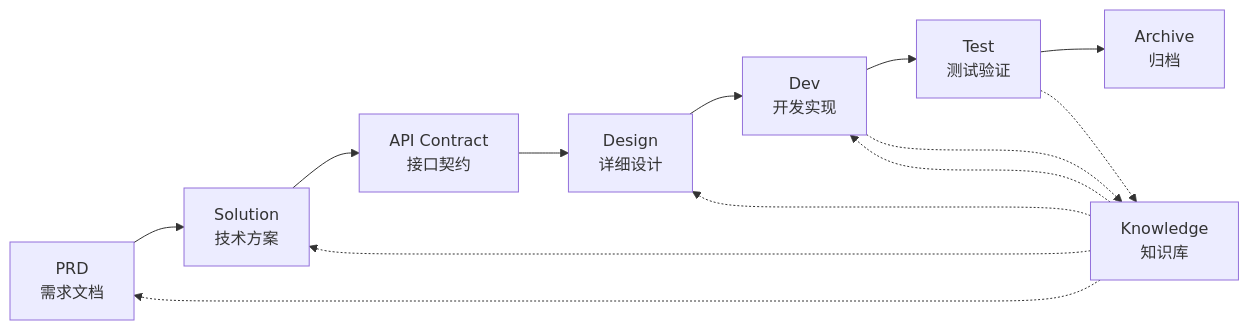
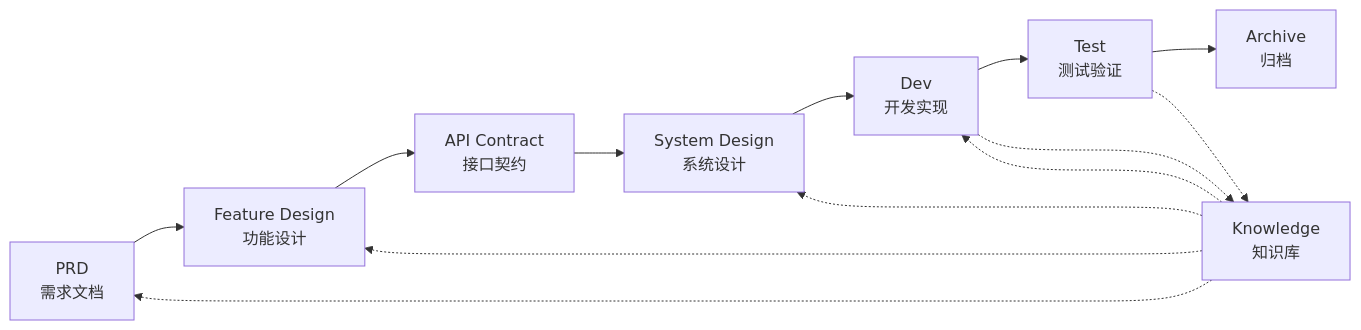
One commit to charlesmu99/speccrew changed the diagram in README.md. Above: the diagram before and after it, drawn with Mermaid. The commit also changed other lines of this file and 28 other files, not shown here.

Commit message:
feat: add speccrew-system-designer agent with per-platform skills (sd-frontend/sd-backend), rename iteration dirs (01.product-requirement, 02.feature-design, 03.system-design), update all references

````diff
--- a/README.md
+++ b/README.md
@@ -90,17 +90,17 @@
 ```mermaid
 graph LR
-    A[PRD<br/>需求文档] --> B[Solution<br/>技术方案]
+    A[PRD<br/>需求文档] --> B[Feature Design<br/>功能设计]
     B --> C[API Contract<br/>接口契约]
-    C --> D[Design<br/>详细设计]
+    C --> D[System Design<br/>系统设计]
     D --> E[Dev<br/>开发实现]
     E --> F[Test<br/>测试验证]
     F --> G[Archive<br/>归档]
     
     H[Knowledge<br/>知识库] -.-> A
     H -.-> B
     H -.-> D
     H -.-> E
     
     E -.-> H
     F -.-> H
 ```
````
